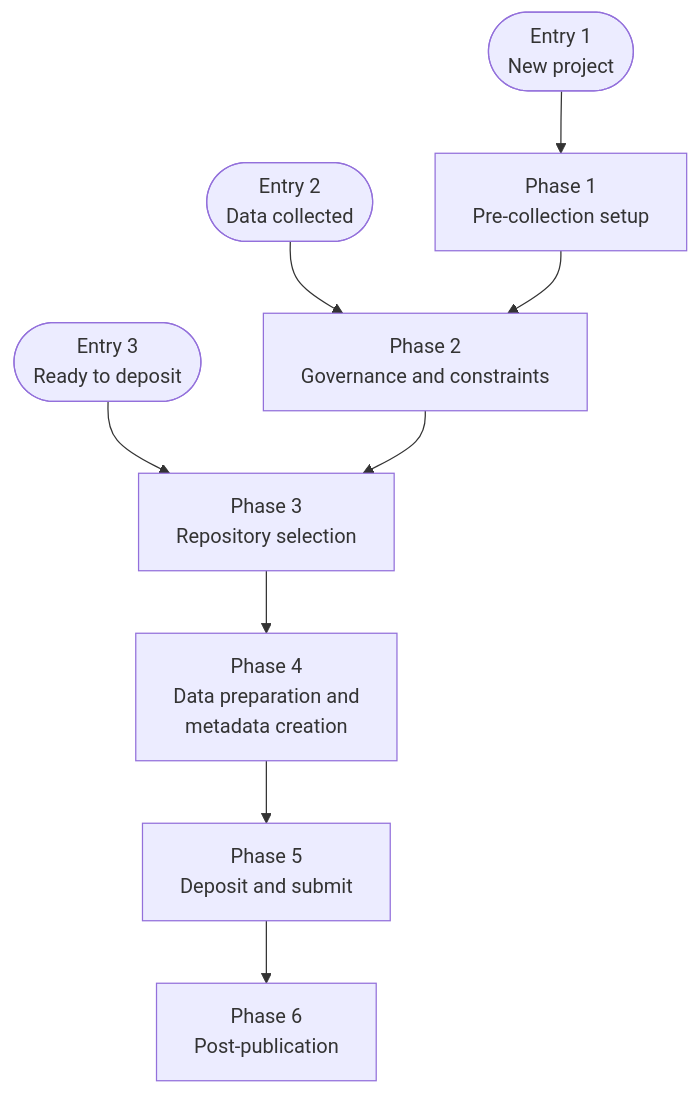
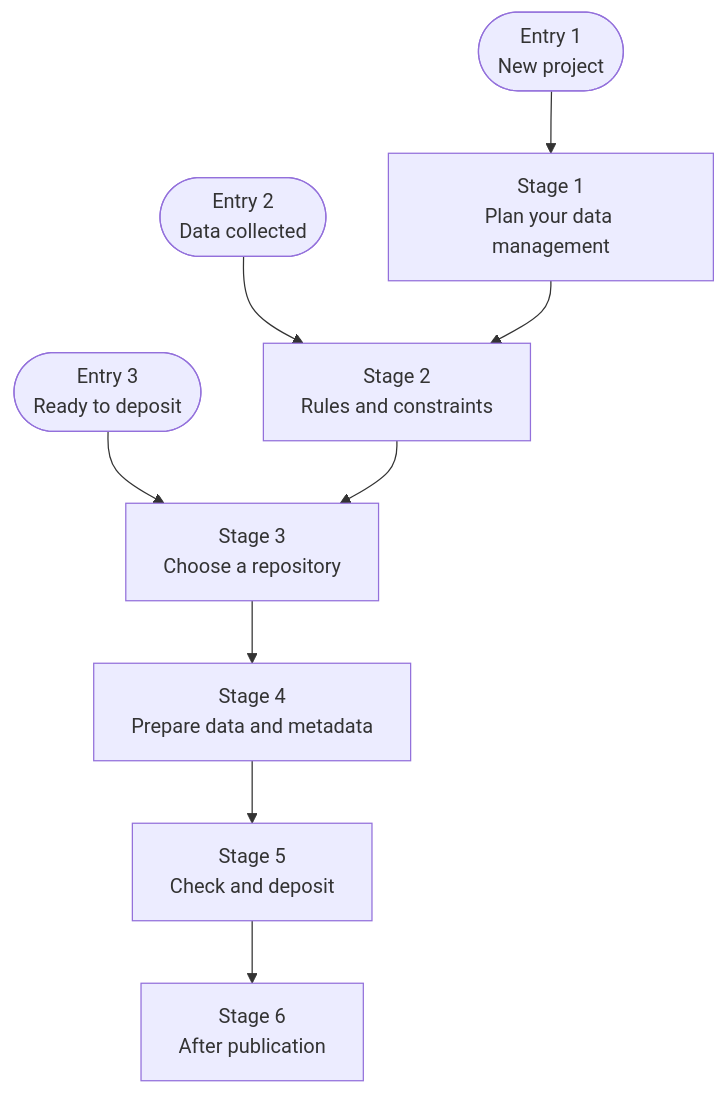
Before and after one commit to data-director-agent/data-director: the diagram in docs/guide/user-guide/workflow.md, drawn with Mermaid. The commit also changed other lines of this file and 4 other files, not shown here.

````diff
--- a/docs/guide/user-guide/workflow.md
+++ b/docs/guide/user-guide/workflow.md
@@ -42,12 +74,12 @@
 ```mermaid
 flowchart TD
     E1(["Entry 1<br/>New project"]) --> P1
     E2(["Entry 2<br/>Data collected"]) --> P2
     E3(["Entry 3<br/>Ready to deposit"]) --> P3
-    P1["Phase 1<br/>Pre-collection setup"] --> P2
-    P2["Phase 2<br/>Governance and constraints"] --> P3
-    P3["Phase 3<br/>Repository selection"] --> P4
-    P4["Phase 4<br/>Data preparation and<br/>metadata creation"] --> P5
-    P5["Phase 5<br/>Deposit and submit"] --> P6
-    P6["Phase 6<br/>Post-publication"]
+    P1["Stage 1<br/>Plan your data management"] --> P2
+    P2["Stage 2<br/>Rules and constraints"] --> P3
+    P3["Stage 3<br/>Choose a repository"] --> P4
+    P4["Stage 4<br/>Prepare data and metadata"] --> P5
+    P5["Stage 5<br/>Check and deposit"] --> P6
+    P6["Stage 6<br/>After publication"]
 ```
````
